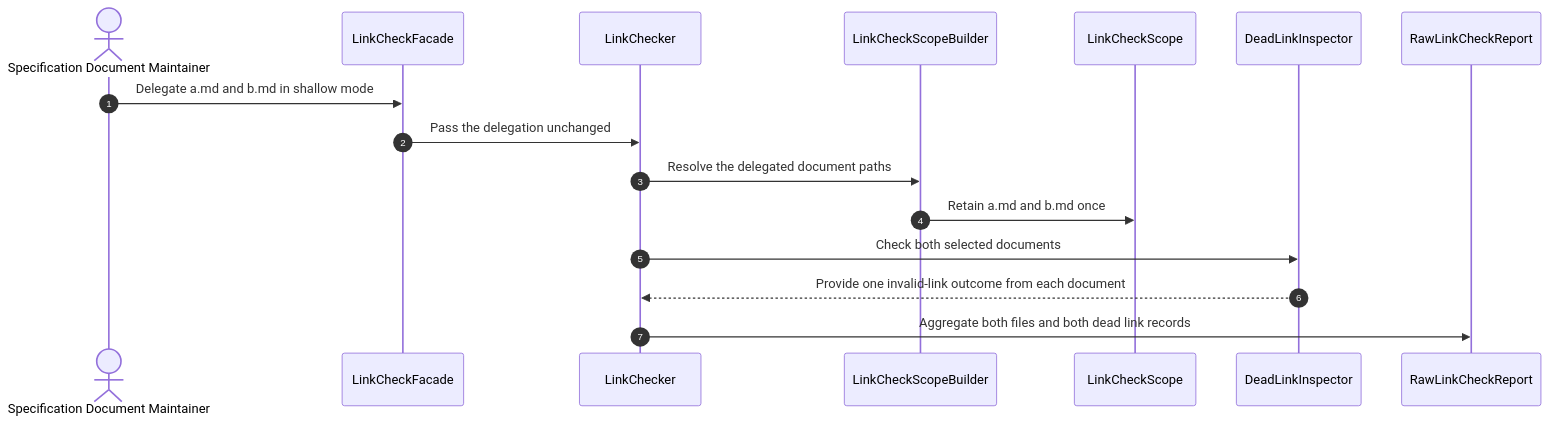
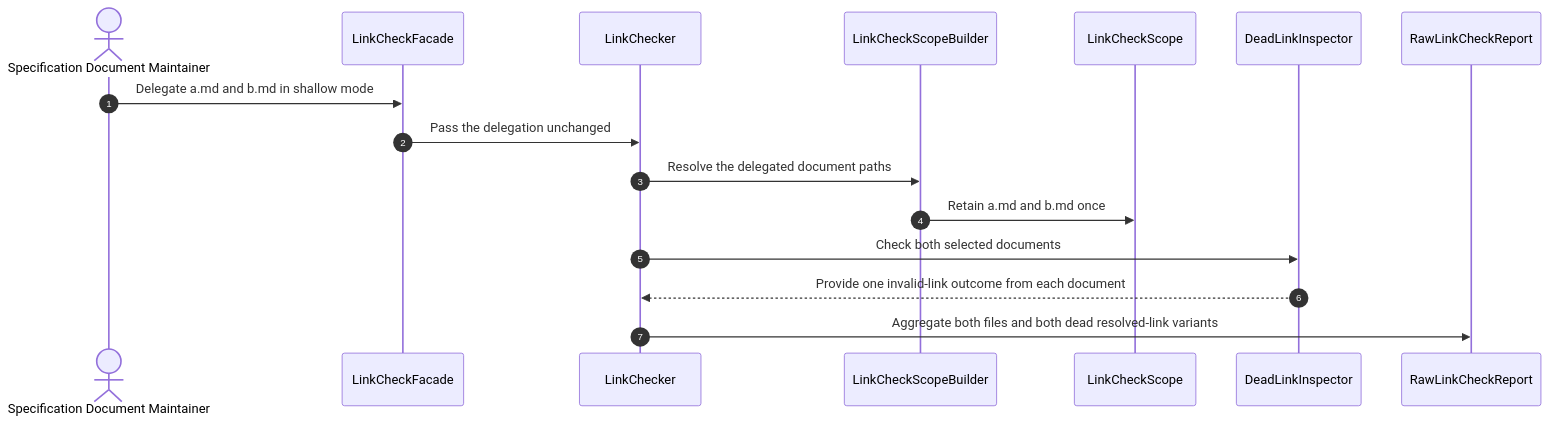
Diagram 24 of 43 in specs/md-linkage/design.md (huang-xiao-jian/bluey), drawn with Mermaid before and after one commit. The commit also changed other lines of this file and 10 other files, not shown here.

Commit message:
docs(md-linkage): unify resolved link outcomes

````diff
--- a/specs/md-linkage/design.md
+++ b/specs/md-linkage/design.md
@@ -773,19 +830,19 @@
 ```mermaid
 sequenceDiagram
     autonumber
     actor Maintainer as Specification Document Maintainer
     participant Submission as LinkCheckFacade
     participant Check as LinkChecker
     participant Selection as LinkCheckScopeBuilder
     participant Scope as LinkCheckScope
     participant Detection as DeadLinkInspector
     participant Report as RawLinkCheckReport
 
     Maintainer->>Submission: Delegate a.md and b.md in shallow mode
     Submission->>Check: Pass the delegation unchanged
     Check->>Selection: Resolve the delegated document paths
     Selection->>Scope: Retain a.md and b.md once
     Check->>Detection: Check both selected documents
     Detection-->>Check: Provide one invalid-link outcome from each document
-    Check->>Report: Aggregate both files and both dead link records
+    Check->>Report: Aggregate both files and both dead resolved-link variants
 ```
````
